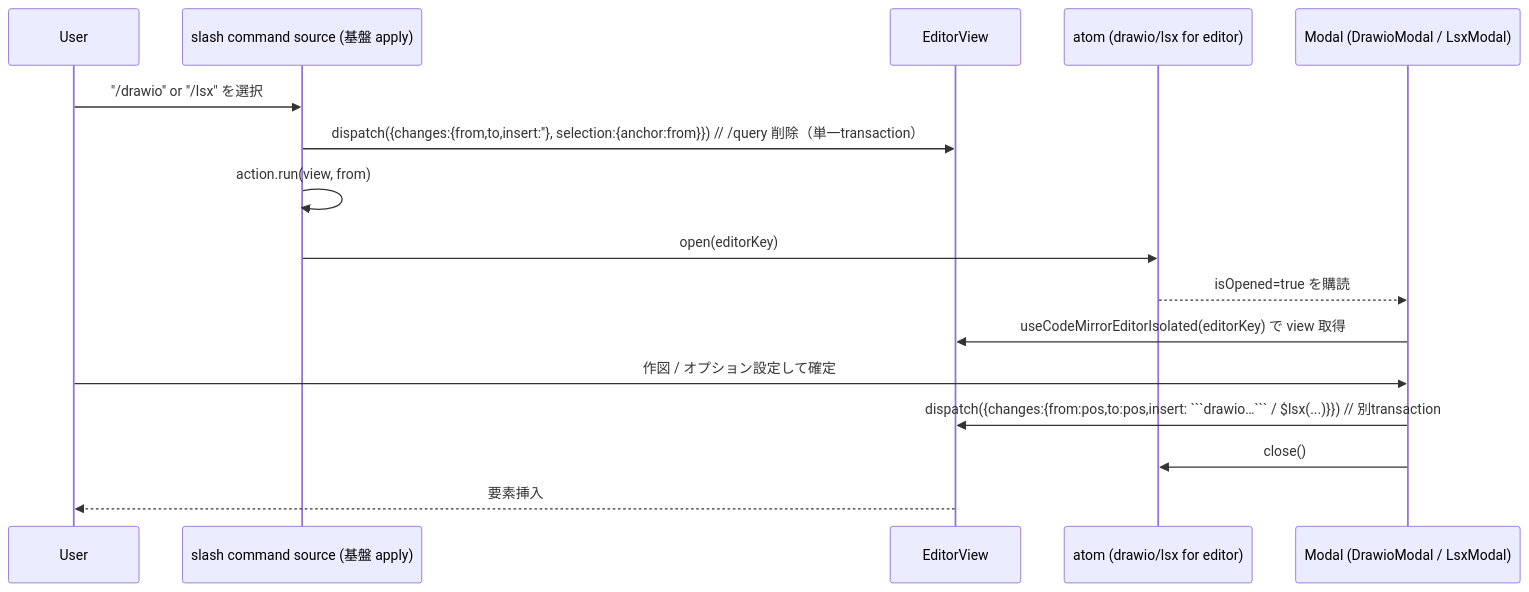
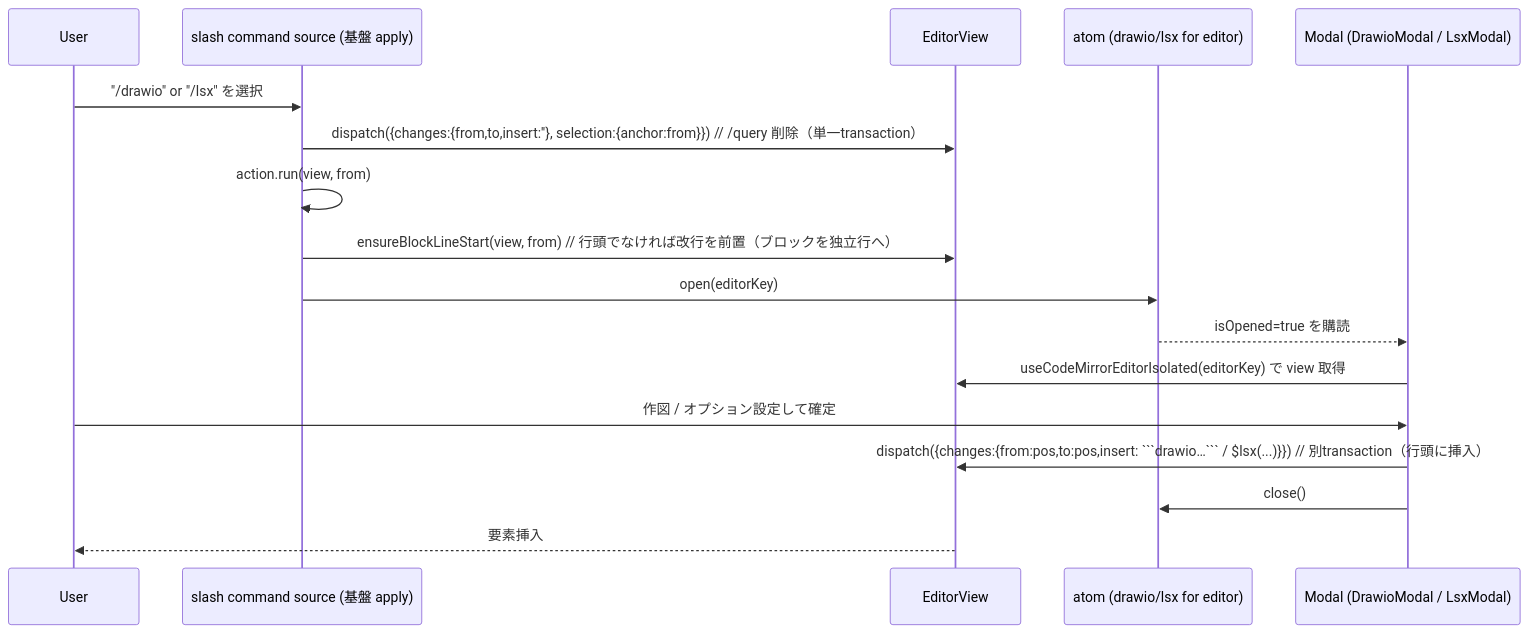
One commit to growilabs/growi changed the second of 2 diagrams in .kiro/specs/editor-slash-extended-elements/design.md. Above: the diagram before and after it, drawn with Mermaid. The commit also changed other lines of this file and 3 other files, not shown here.

Commit message:
fix run line-start normalization and unify callout variants in @growi/core

````diff
--- a/.kiro/specs/editor-slash-extended-elements/design.md
+++ b/.kiro/specs/editor-slash-extended-elements/design.md
@@ -173,19 +179,20 @@
 ```mermaid
 sequenceDiagram
     participant U as User
     participant S as slash command source (基盤 apply)
     participant V as EditorView
     participant A as atom (drawio/lsx for editor)
     participant M as Modal (DrawioModal / LsxModal)
 
     U->>S: "/drawio" or "/lsx" を選択
     S->>V: dispatch({changes:{from,to,insert:''}, selection:{anchor:from}})  // /query 削除（単一transaction）
     S->>S: action.run(view, from)
+    S->>V: ensureBlockLineStart(view, from)  // 行頭でなければ改行を前置（ブロックを独立行へ）
     S->>A: open(editorKey)
     A-->>M: isOpened=true を購読
     M->>V: useCodeMirrorEditorIsolated(editorKey) で view 取得
     U->>M: 作図 / オプション設定して確定
-    M->>V: dispatch({changes:{from:pos,to:pos,insert: ```drawio…``` / $lsx(...)}})  // 別transaction
+    M->>V: dispatch({changes:{from:pos,to:pos,insert: ```drawio…``` / $lsx(...)}})  // 別transaction（行頭に挿入）
     M->>A: close()
     V-->>U: 要素挿入
 ```
````
